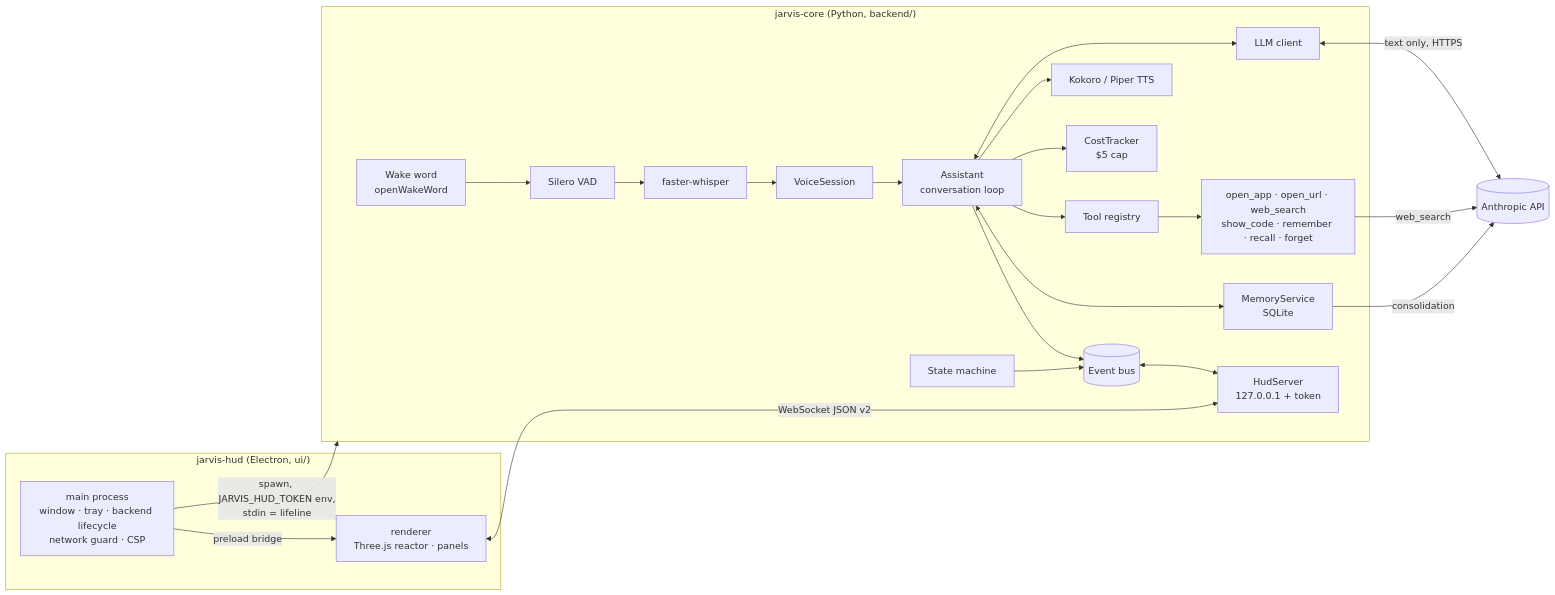
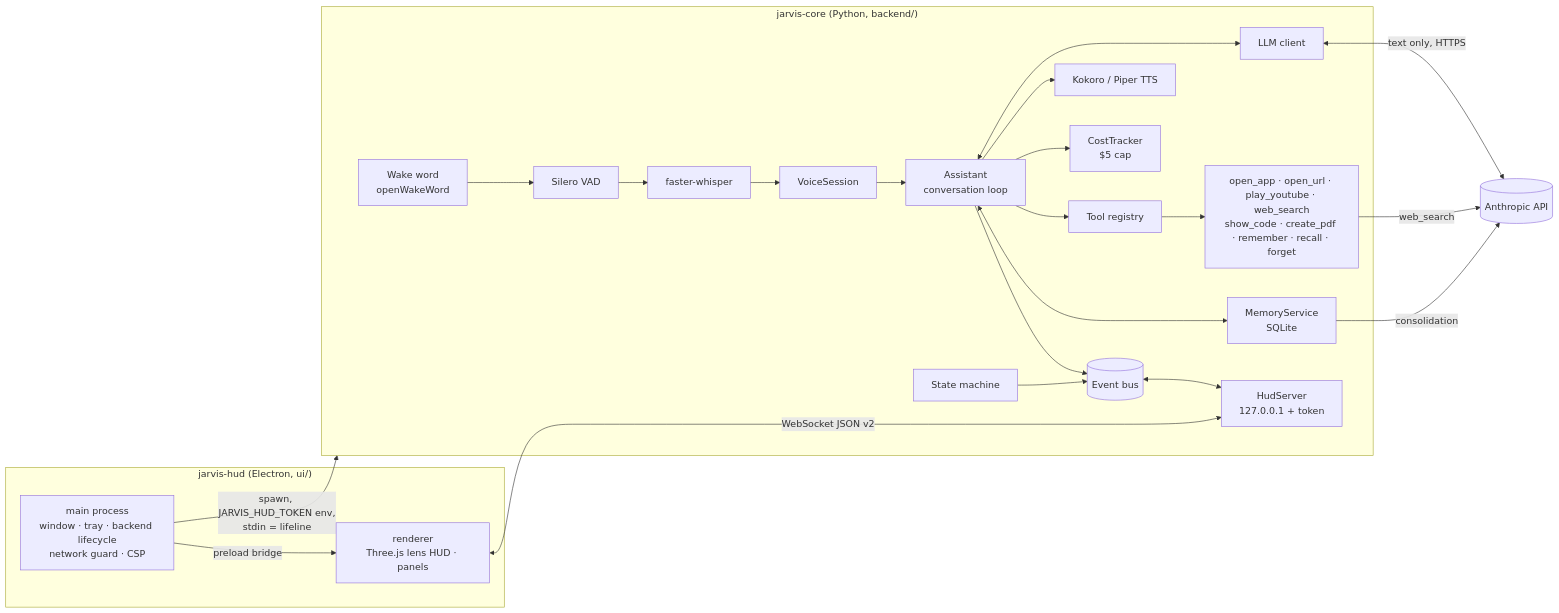
One commit to ItzMeDKKnight/JARVIS changed the diagram in docs/architecture.md. Above: the diagram before and after it, drawn with Mermaid. The commit also changed other lines of this file and 64 other files, not shown here.

First line of the commit message:
Add Stop button, YouTube playback, websites by name, PDF tool, latency fixes, lens HUD

````diff
--- a/docs/architecture.md
+++ b/docs/architecture.md
@@ -5,24 +5,24 @@
 ```mermaid
 flowchart LR
     subgraph hud["jarvis-hud (Electron, ui/)"]
-        MAIN[main process<br/>window · tray · backend lifecycle<br/>network guard · CSP] -->|preload bridge| R[renderer<br/>Three.js reactor · panels]
+        MAIN[main process<br/>window · tray · backend lifecycle<br/>network guard · CSP] -->|preload bridge| R[renderer<br/>Three.js lens HUD · panels]
     end
     subgraph core["jarvis-core (Python, backend/)"]
         WW[Wake word<br/>openWakeWord] --> VAD[Silero VAD] --> STT[faster-whisper]
         STT --> VS[VoiceSession]
         VS --> A[Assistant<br/>conversation loop]
         A <--> LLM[LLM client]
-        A --> REG[Tool registry] --> TOOLS[open_app · open_url · web_search<br/>show_code · remember · recall · forget]
+        A --> REG[Tool registry] --> TOOLS[open_app · open_url · play_youtube · web_search<br/>show_code · create_pdf · remember · recall · forget]
         A --> TTS[Kokoro / Piper TTS]
         A <--> MEM[MemoryService<br/>SQLite]
         A --> COST[CostTracker<br/>$5 cap]
         A --> BUS[(Event bus)]
         SM[State machine] --> BUS
         BUS <--> SRV[HudServer<br/>127.0.0.1 + token]
     end
     MAIN -->|spawn, JARVIS_HUD_TOKEN env,<br/>stdin = lifeline| core
     R <-->|WebSocket JSON v2| SRV
     LLM <-->|text only, HTTPS| API[(Anthropic API)]
     TOOLS -->|web_search| API
     MEM -->|consolidation| API
 ```
````
